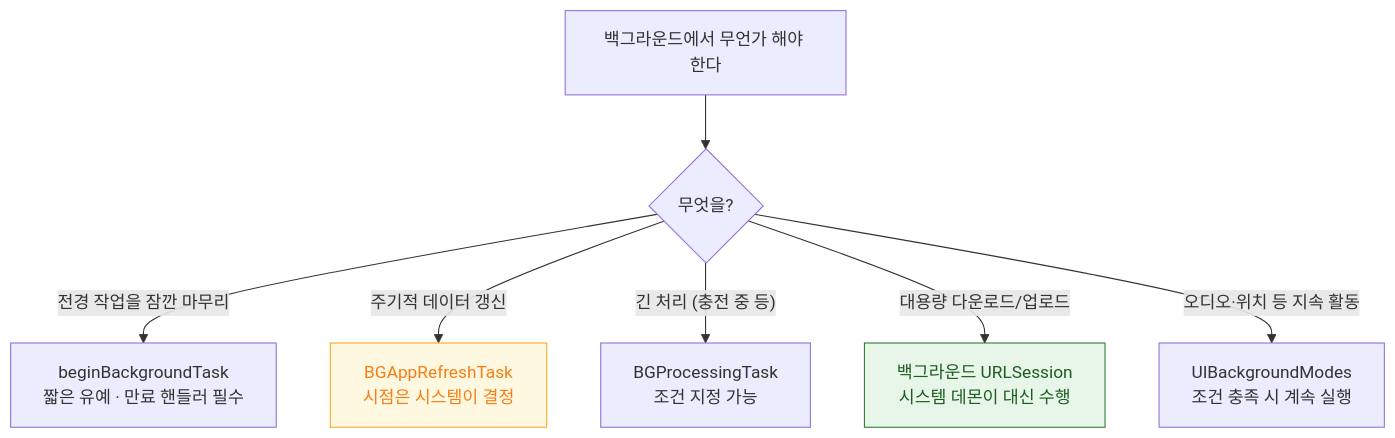
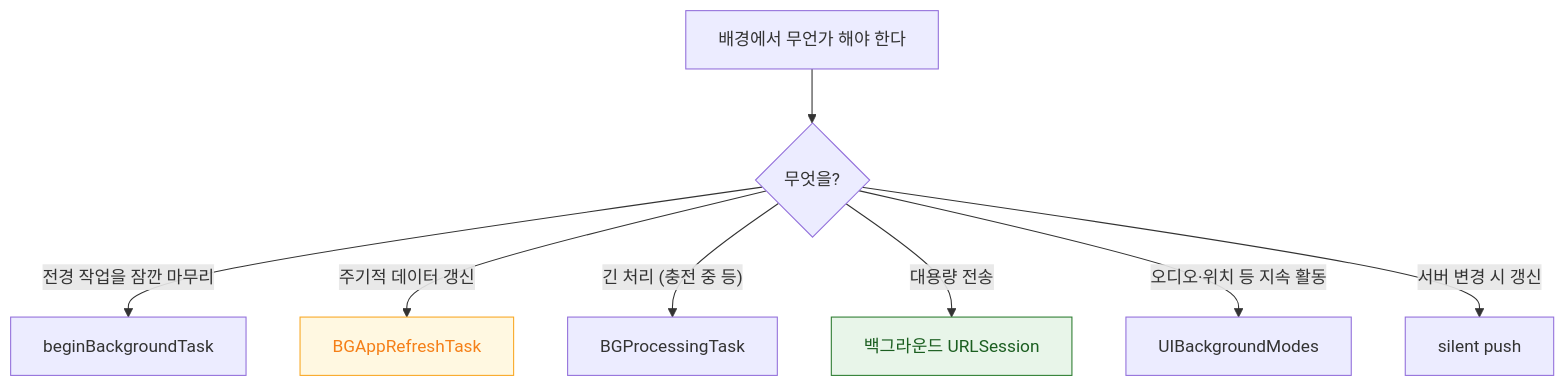
The diagram in 01_inbox/mobile/apple/04_system_services/apple-background-tasks.md (youngmin-gwon/what-i-studied), drawn with Mermaid before and after one commit. The commit also changed other lines of this file and 76 other files, not shown here.

````diff
--- a/01_inbox/mobile/apple/04_system_services/apple-background-tasks.md
+++ b/01_inbox/mobile/apple/04_system_services/apple-background-tasks.md
@@ -15,12 +20,13 @@
 ```mermaid
 flowchart TD
-    Q["백그라운드에서 무언가 해야 한다"] --> A{"무엇을?"}
-    A -->|"전경 작업을 잠깐 마무리"| T1["beginBackgroundTask<br/>짧은 유예 · 만료 핸들러 필수"]
-    A -->|"주기적 데이터 갱신"| T2["BGAppRefreshTask<br/>시점은 시스템이 결정"]
-    A -->|"긴 처리 (충전 중 등)"| T3["BGProcessingTask<br/>조건 지정 가능"]
-    A -->|"대용량 다운로드/업로드"| T4["백그라운드 URLSession<br/>시스템 데몬이 대신 수행"]
-    A -->|"오디오·위치 등 지속 활동"| T5["UIBackgroundModes<br/>조건 충족 시 계속 실행"]
+    Q["배경에서 무언가 해야 한다"] --> A{"무엇을?"}
+    A -->|"전경 작업을 잠깐 마무리"| T1["beginBackgroundTask"]
+    A -->|"주기적 데이터 갱신"| T2["BGAppRefreshTask"]
+    A -->|"긴 처리 (충전 중 등)"| T3["BGProcessingTask"]
+    A -->|"대용량 전송"| T4["백그라운드 URLSession"]
+    A -->|"오디오·위치 등 지속 활동"| T5["UIBackgroundModes"]
+    A -->|"서버 변경 시 갱신"| T6["silent push"]
 
+    style T4 fill:#e8f5e9,stroke:#2e7d32,color:#1b5e20
     style T2 fill:#fff8e1,stroke:#f9a825,color:#f57f17
-    style T4 fill:#e8f5e9,stroke:#2e7d32,color:#1b5e20
 ```
````
